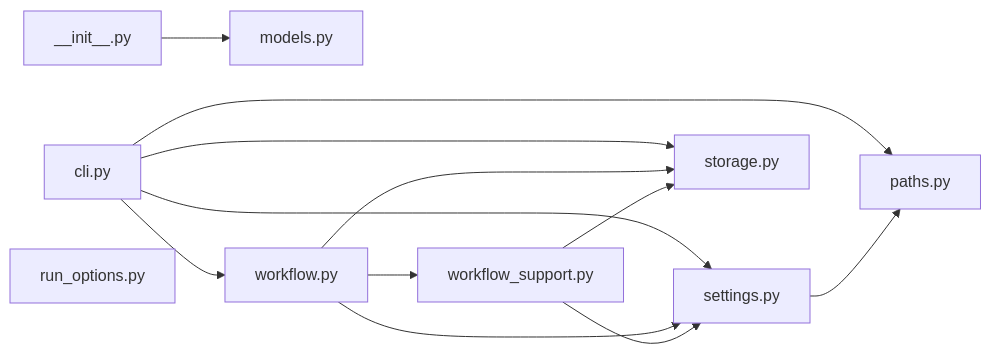
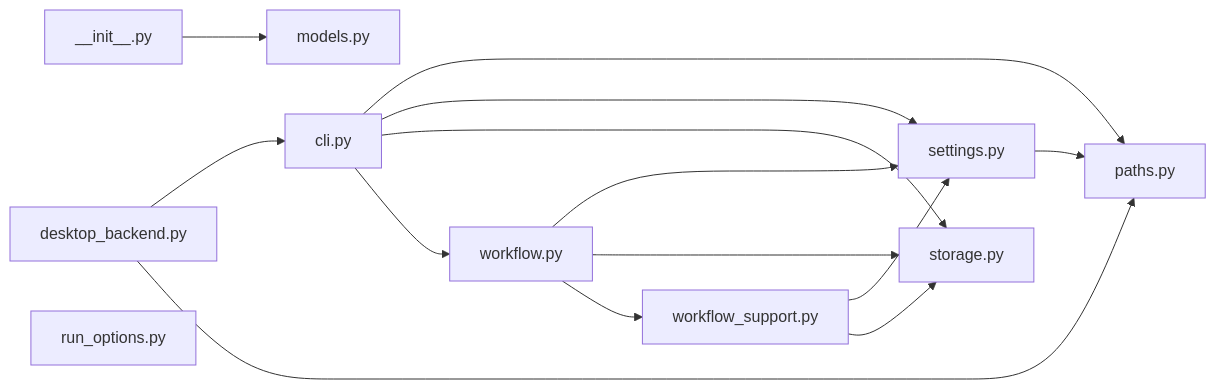
The fourth of 21 diagrams in docs/ARCHITECTURE_MAP.md (sarveshtalele/maf-harness-testing), drawn with Mermaid before and after one commit. The commit also changed other lines of this file, not shown here.

Commit message:
docs: regenerate architecture map for desktop backend entry

````diff
--- a/docs/ARCHITECTURE_MAP.md
+++ b/docs/ARCHITECTURE_MAP.md
@@ -168,23 +169,26 @@
 ```mermaid
 flowchart LR
   f0["__init__.py"]
   f1["cli.py"]
-  f2["models.py"]
-  f3["paths.py"]
-  f4["run_options.py"]
-  f5["settings.py"]
-  f6["storage.py"]
-  f7["workflow.py"]
-  f8["workflow_support.py"]
-  f0 --> f2
-  f1 --> f3
-  f1 --> f5
+  f2["desktop_backend.py"]
+  f3["models.py"]
+  f4["paths.py"]
+  f5["run_options.py"]
+  f6["settings.py"]
+  f7["storage.py"]
+  f8["workflow.py"]
+  f9["workflow_support.py"]
+  f0 --> f3
+  f1 --> f4
   f1 --> f6
   f1 --> f7
-  f5 --> f3
-  f7 --> f5
-  f7 --> f6
-  f7 --> f8
-  f8 --> f5
+  f1 --> f8
+  f2 --> f1
+  f2 --> f4
+  f6 --> f4
   f8 --> f6
+  f8 --> f7
+  f8 --> f9
+  f9 --> f6
+  f9 --> f7
 ```
````
